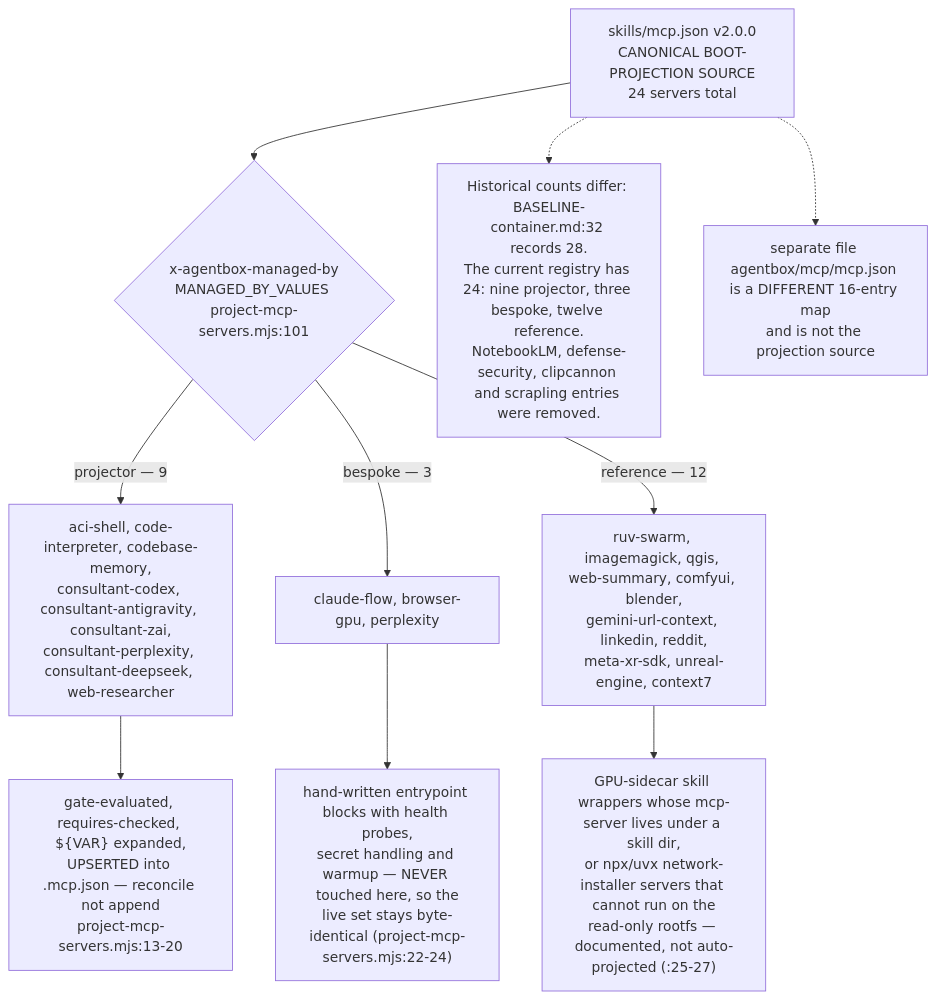
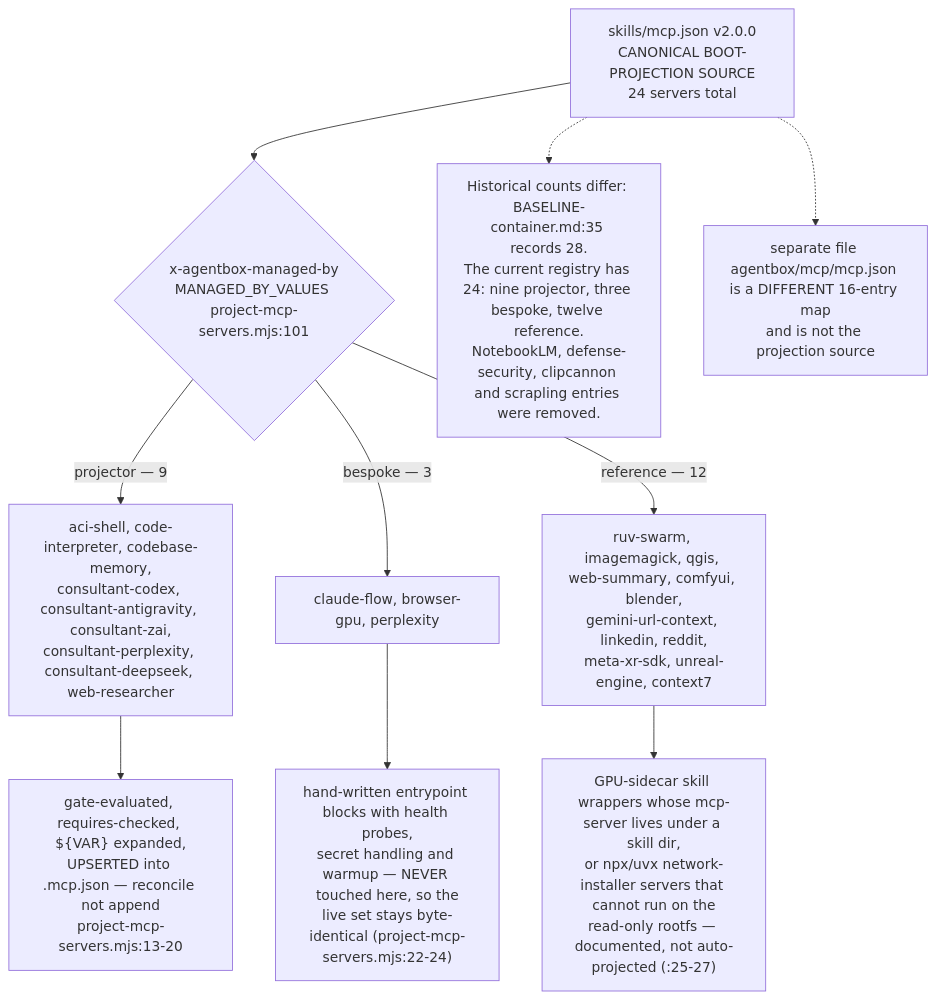
The first of 7 diagrams in docs/diagrams/agentbox/09-mcp-servers-catalogue.md (DreamLab-AI/VisionFlow), drawn with Mermaid before and after one commit. The commit also changed other lines of this file and 7 other files, not shown here.

First line of the commit message:
diagrams(agentbox): re-verify AB-09..AB-16 at agentbox 59b1aca, re-stamp

````diff
--- a/docs/diagrams/agentbox/09-mcp-servers-catalogue.md
+++ b/docs/diagrams/agentbox/09-mcp-servers-catalogue.md
@@ -37,12 +37,12 @@
 ```mermaid
 flowchart TD
     REG["skills/mcp.json v2.0.0<br/>CANONICAL BOOT-PROJECTION SOURCE<br/>24 servers total"] --> CLS{"x-agentbox-managed-by<br/>MANAGED_BY_VALUES project-mcp-servers.mjs:101"}
     CLS -->|projector — 9| PJ["aci-shell, code-interpreter, codebase-memory,<br/>consultant-codex, consultant-antigravity, consultant-zai,<br/>consultant-perplexity, consultant-deepseek, web-researcher"]
     CLS -->|bespoke — 3| BS["claude-flow, browser-gpu, perplexity"]
     CLS -->|reference — 12| RF["ruv-swarm, imagemagick, qgis, web-summary, comfyui, blender,<br/>gemini-url-context, linkedin, reddit,<br/>meta-xr-sdk, unreal-engine, context7"]
     PJ --> ACT["gate-evaluated, requires-checked, ${VAR} expanded,<br/>UPSERTED into .mcp.json — reconcile not append<br/>project-mcp-servers.mjs:13-20"]
     BS --> NEVER["hand-written entrypoint blocks with health probes,<br/>secret handling and warmup — NEVER touched here, so the<br/>live set stays byte-identical (project-mcp-servers.mjs:22-24)"]
     RF --> DOC["GPU-sidecar skill wrappers whose mcp-server lives under a skill dir,<br/>or npx/uvx network-installer servers that cannot run on the<br/>read-only rootfs — documented, not auto-projected (:25-27)"]
-    REG -.-> D1["Historical counts differ: BASELINE-container.md:32 records 28.<br/>The current registry has 24: nine projector, three bespoke, twelve reference.<br/>NotebookLM, defense-security, clipcannon and scrapling entries were removed."]
+    REG -.-> D1["Historical counts differ: BASELINE-container.md:35 records 28.<br/>The current registry has 24: nine projector, three bespoke, twelve reference.<br/>NotebookLM, defense-security, clipcannon and scrapling entries were removed."]
     REG -.-> D2["separate file agentbox/mcp/mcp.json is a DIFFERENT 16-entry map<br/>and is not the projection source"]
 ```
````
